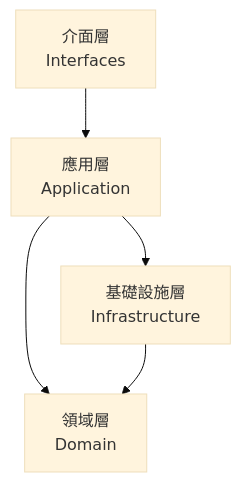
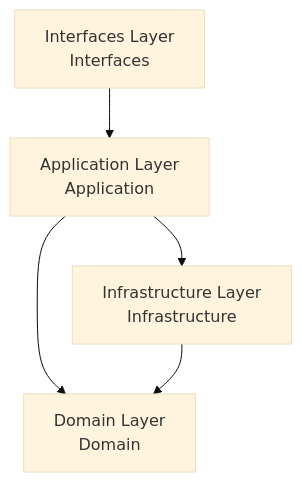
The first of 2 diagrams in docs/architecture/layered-architecture-design.md (humank/genai-demo), drawn with Mermaid (base theme) before and after one commit. The commit also changed other lines of this file and 453 other files, not shown here.

First line of the commit message:
feat: Complete translation of key architecture and API documentation

````diff
--- a/docs/architecture/layered-architecture-design.md
+++ b/docs/architecture/layered-architecture-design.md
@@ -60,7 +60,7 @@
 ```mermaid
 graph TD
-    A[介面層<br/>Interfaces] --> B[應用層<br/>Application]
-    B --> C[領域層<br/>Domain]
-    B --> D[基礎設施層<br/>Infrastructure]
+    A[Interfaces Layer<br/>Interfaces] --> B[Application Layer<br/>Application]
+    B --> C[Domain Layer<br/>Domain]
+    B --> D[Infrastructure Layer<br/>Infrastructure]
     D --> C
 ```
````
